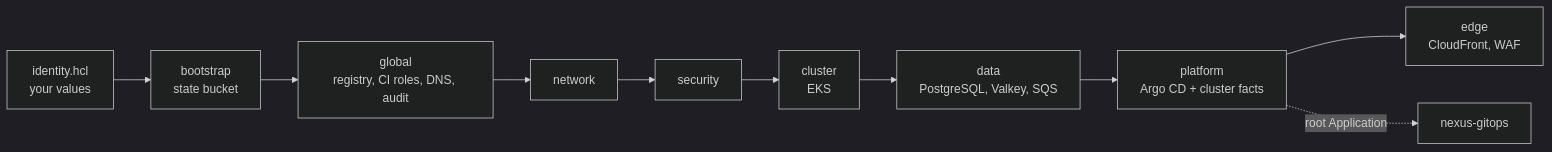
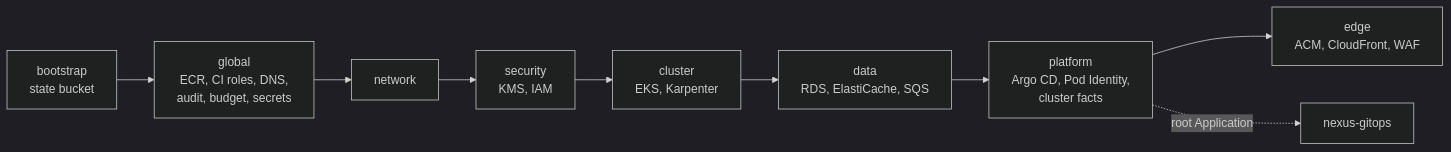
Before and after one commit to SergeAbroyan/nexus-platform: the second of 2 diagrams in README.md, drawn with Mermaid (dark theme). The commit also changed other lines of this file, not shown here.

Commit message:
Document the architecture, design, decisions, and stack in the README

````diff
--- a/README.md
+++ b/README.md
@@ -64,10 +46,9 @@
 ```mermaid
 flowchart LR
-  id["identity.hcl<br/>your values"] --> boot["bootstrap<br/>state bucket"]
-  boot --> global["global<br/>registry, CI roles, DNS, audit"]
-  global --> net["network"] --> sec["security"] --> cluster["cluster<br/>EKS"]
-  cluster --> data["data<br/>PostgreSQL, Valkey, SQS"]
-  data --> platform["platform<br/>Argo CD + cluster facts"]
-  platform --> edge["edge<br/>CloudFront, WAF"]
+  boot["bootstrap<br/>state bucket"] --> global["global<br/>ECR, CI roles, DNS,<br/>audit, budget, secrets"]
+  global --> net["network"] --> sec["security<br/>KMS, IAM"] --> cluster["cluster<br/>EKS, Karpenter"]
+  cluster --> data["data<br/>RDS, ElastiCache, SQS"]
+  data --> platform["platform<br/>Argo CD, Pod Identity,<br/>cluster facts"]
+  platform --> edge["edge<br/>ACM, CloudFront, WAF"]
   platform -.->|root Application| gitops["nexus-gitops"]
 ```
````
